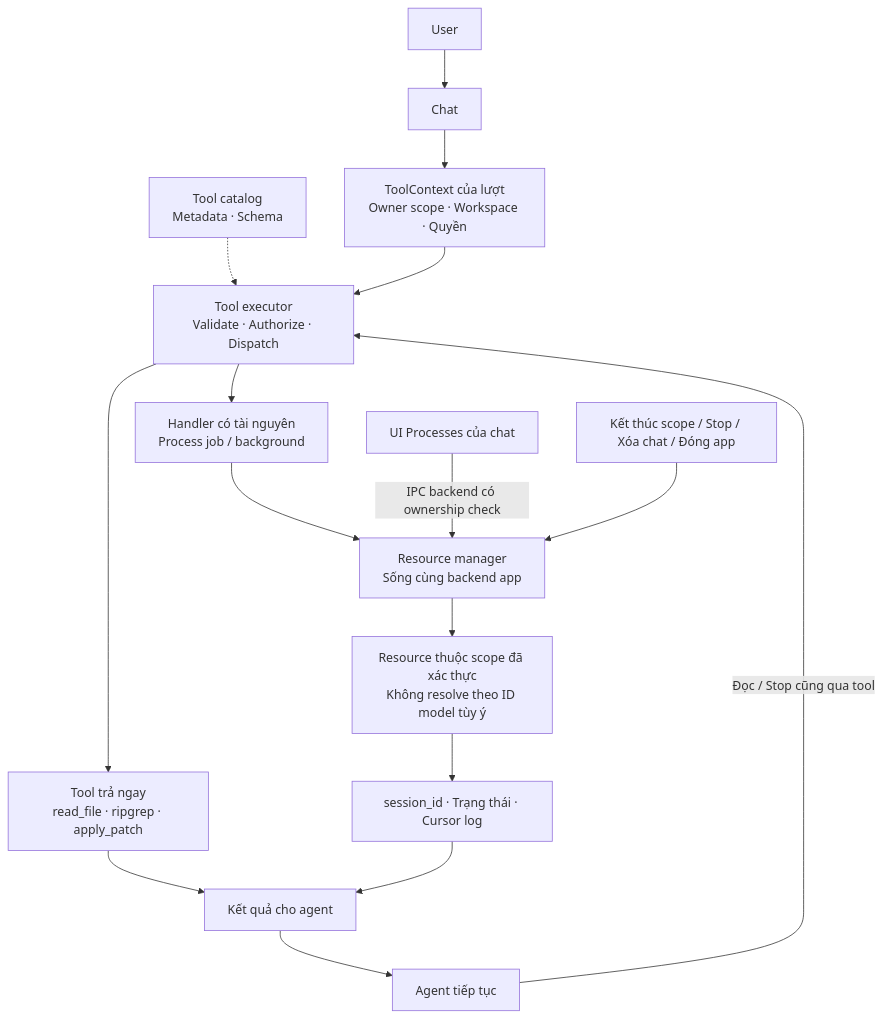
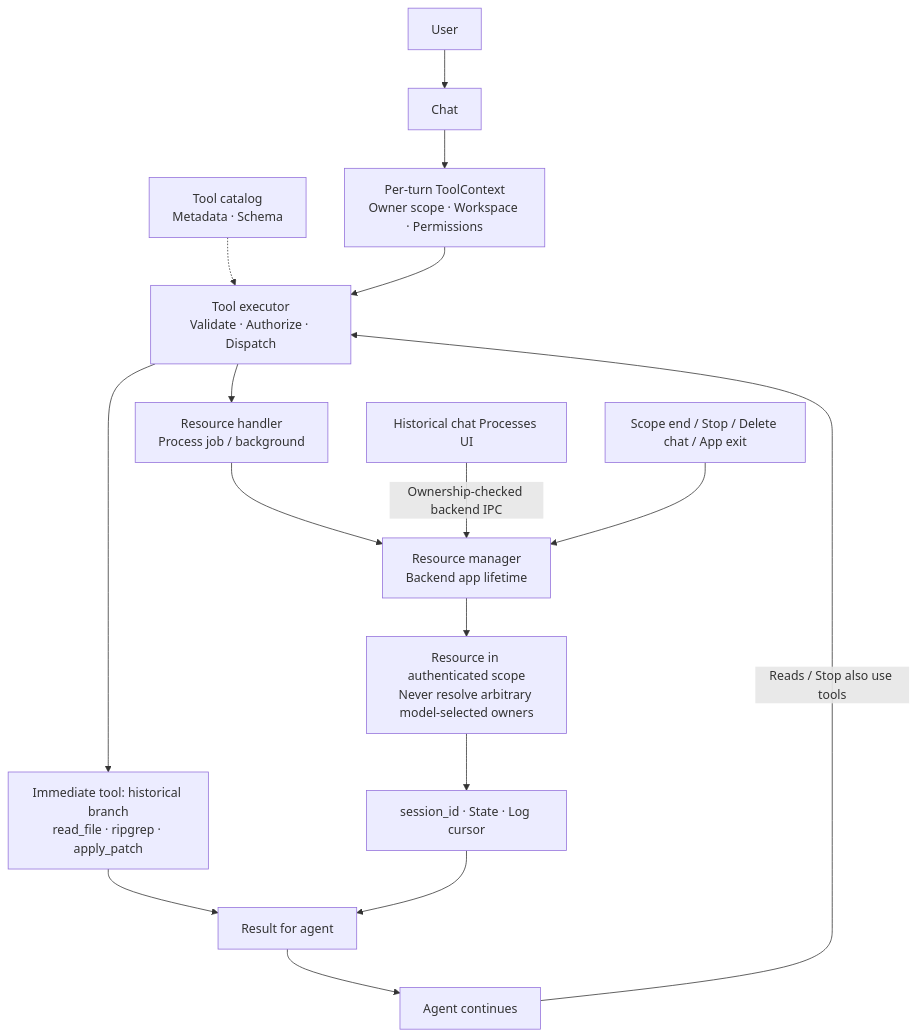
The first of 2 diagrams in docs/architecture/tool-resource-lifecycle.md (noaft/Atlas-agentic), drawn with Mermaid before and after one commit. The commit also changed other lines of this file and 10 other files, not shown here.

Commit message:
docs: translate references and align hard lazy tool architecture

````diff
--- a/docs/architecture/tool-resource-lifecycle.md
+++ b/docs/architecture/tool-resource-lifecycle.md
@@ -46,18 +49,18 @@
 ```mermaid
 flowchart TD
     User["User"] --> Chat["Chat"]
-    Chat --> Context["ToolContext của lượt<br/>Owner scope · Workspace · Quyền"]
+    Chat --> Context["Per-turn ToolContext<br/>Owner scope · Workspace · Permissions"]
     Catalog["Tool catalog<br/>Metadata · Schema"] -.-> Executor
     Context --> Executor["Tool executor<br/>Validate · Authorize · Dispatch"]
-    Executor --> Direct["Tool trả ngay<br/>read_file · ripgrep · apply_patch"]
-    Direct --> Result["Kết quả cho agent"]
-    Executor --> Handler["Handler có tài nguyên<br/>Process job / background"]
-    Handler --> Manager["Resource manager<br/>Sống cùng backend app"]
-    Manager --> Owned["Resource thuộc scope đã xác thực<br/>Không resolve theo ID model tùy ý"]
-    Owned --> Handle["session_id · Trạng thái · Cursor log"]
+    Executor --> Direct["Immediate tool: historical branch<br/>read_file · ripgrep · apply_patch"]
+    Direct --> Result["Result for agent"]
+    Executor --> Handler["Resource handler<br/>Process job / background"]
+    Handler --> Manager["Resource manager<br/>Backend app lifetime"]
+    Manager --> Owned["Resource in authenticated scope<br/>Never resolve arbitrary model-selected owners"]
+    Owned --> Handle["session_id · State · Log cursor"]
     Handle --> Result
-    Result --> Agent["Agent tiếp tục"]
-    Agent -->|"Đọc / Stop cũng qua tool"| Executor
-    UI["UI Processes của chat"] -->|"IPC backend có ownership check"| Manager
-    End["Kết thúc scope / Stop / Xóa chat / Đóng app"] --> Manager
+    Result --> Agent["Agent continues"]
+    Agent -->|"Reads / Stop also use tools"| Executor
+    UI["Historical chat Processes UI"] -->|"Ownership-checked backend IPC"| Manager
+    End["Scope end / Stop / Delete chat / App exit"] --> Manager
 ```
````
